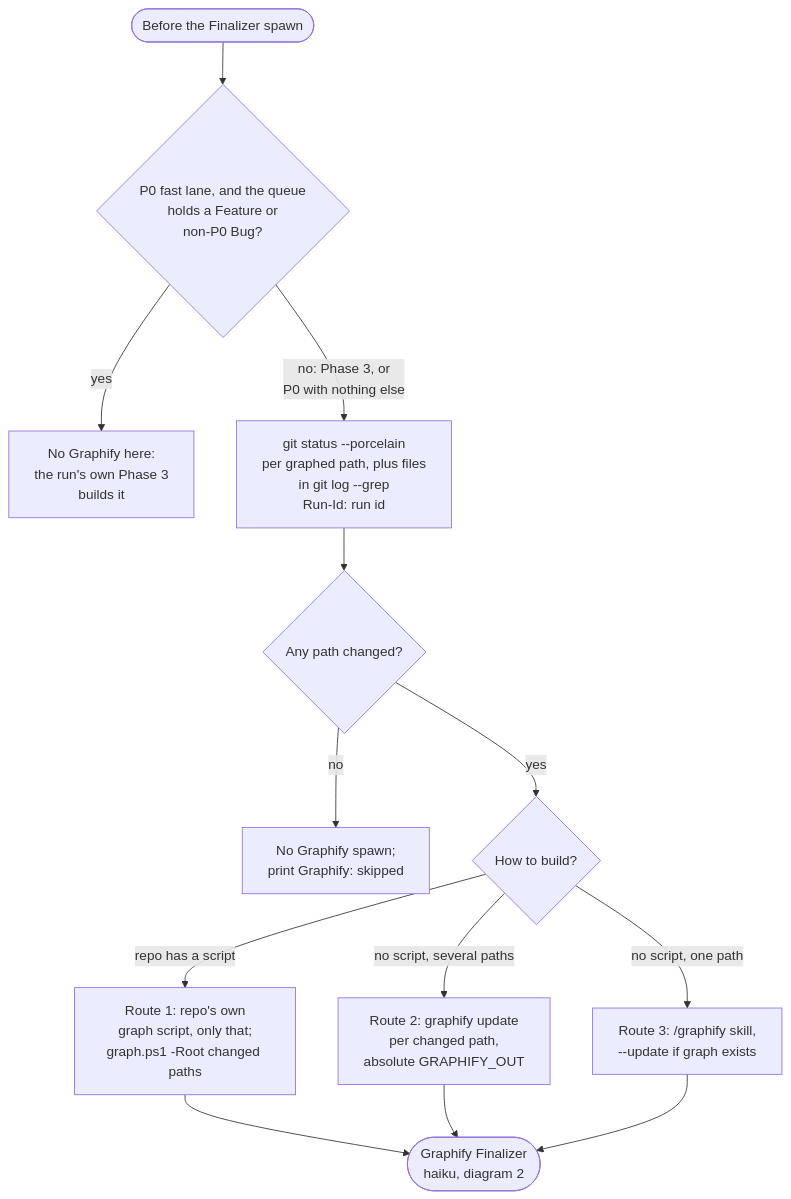
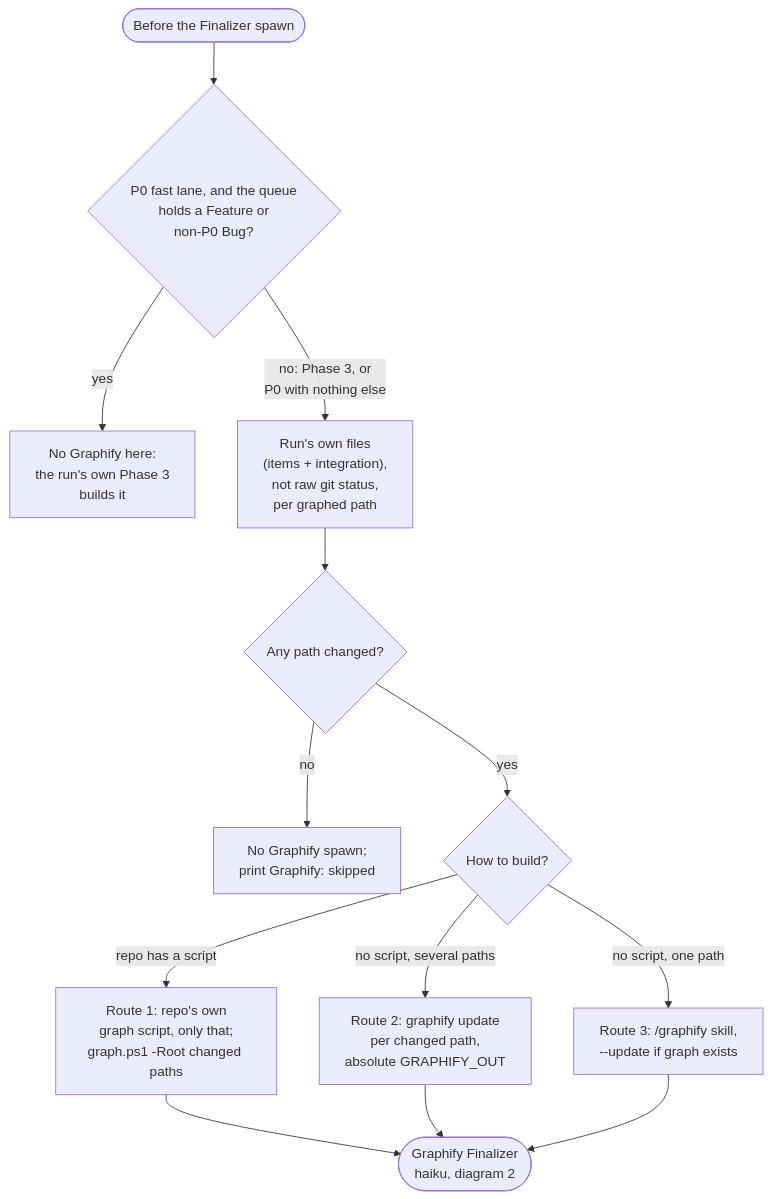
Before and after one commit to muhammedalikhan86/claude-stash: the first of 3 diagrams in skills/orchestrator-development-pattern/mermaid/06-phase3-finalization.md, drawn with Mermaid. The commit also changed 18 other files, not shown here.

````diff
--- a/skills/orchestrator-development-pattern/mermaid/06-phase3-finalization.md
+++ b/skills/orchestrator-development-pattern/mermaid/06-phase3-finalization.md
@@ -9,23 +9,23 @@
 ```mermaid
 flowchart TD
     In(["Before the Finalizer spawn"])
     Lane{"P0 fast lane, and the queue<br/>holds a Feature or<br/>non-P0 Bug?"}
     Later["No Graphify here:<br/>the run's own Phase 3<br/>builds it"]
-    Status["git status --porcelain<br/>per graphed path, plus files<br/>in git log --grep<br/>Run-Id: run id"]
+    Status["Run's own files<br/>(items + integration),<br/>not raw git status,<br/>per graphed path"]
     Changed{"Any path changed?"}
     Skip["No Graphify spawn;<br/>print Graphify: skipped"]
     Route{"How to build?"}
     R1["Route 1: repo's own<br/>graph script, only that;<br/>graph.ps1 -Root changed paths"]
     R2["Route 2: graphify update<br/>per changed path,<br/>absolute GRAPHIFY_OUT"]
     R3["Route 3: /graphify skill,<br/>--update if graph exists"]
     Spawn(["Graphify Finalizer<br/>haiku, diagram 2"])
 
     In --> Lane
     Lane -->|yes| Later
     Lane -->|"no: Phase 3, or<br/>P0 with nothing else"| Status --> Changed
     Changed -->|no| Skip
     Changed -->|yes| Route
     Route -->|"repo has a script"| R1 --> Spawn
     Route -->|"no script, several paths"| R2 --> Spawn
     Route -->|"no script, one path"| R3 --> Spawn
 ```
````
